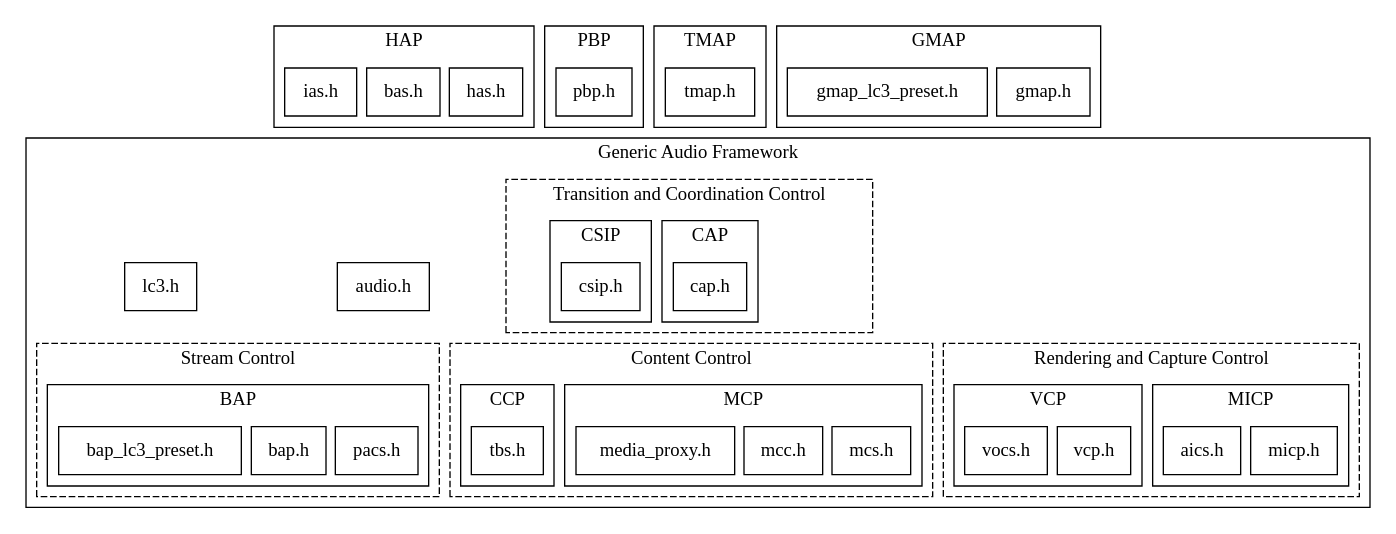
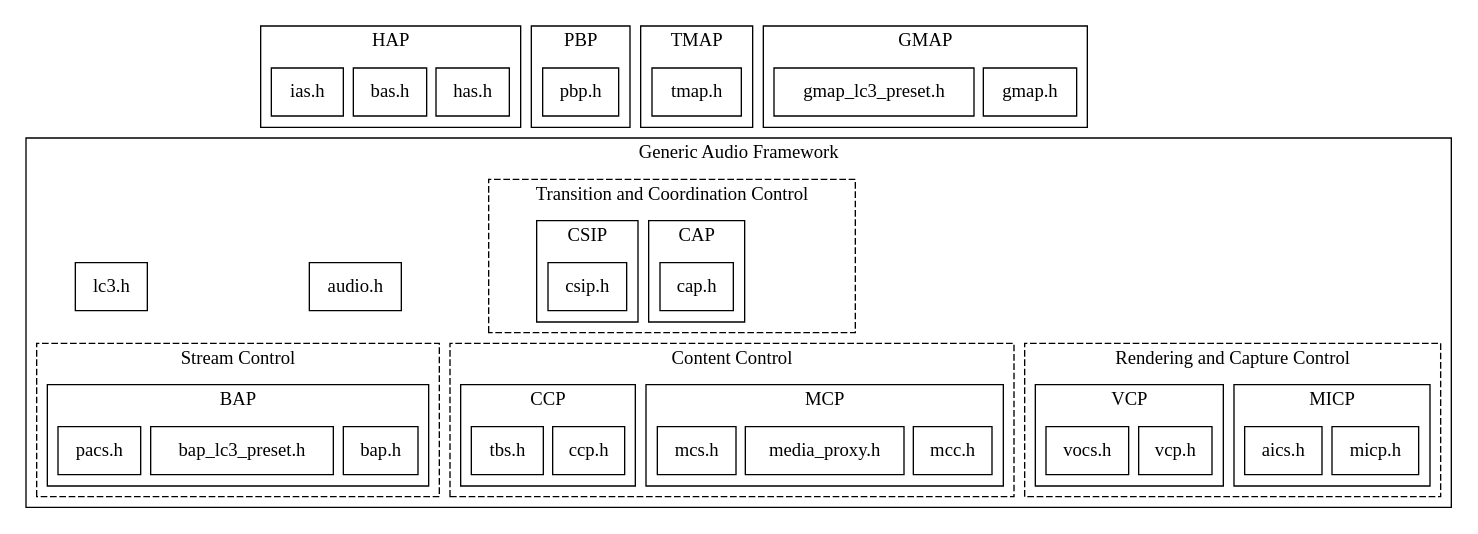
The third of 3 diagrams in doc/connectivity/bluetooth/api/audio/bluetooth-le-audio-arch.rst (Ameba-AIoT/zephyr), drawn with Graphviz before and after one commit. The commit also changed other lines of this file and 21619 other files, not shown here.

```diff
--- a/doc/connectivity/bluetooth/api/audio/bluetooth-le-audio-arch.rst
+++ b/doc/connectivity/bluetooth/api/audio/bluetooth-le-audio-arch.rst
@@ -294,6 +294,7 @@
                cluster=true;
                label="CCP";
                style=solid;
+               CCP_H [label="ccp.h"];
                TBS_H [label="tbs.h"];
             }
          }
@@ -331,6 +332,7 @@
       CAP_H -> MCS_H;
       CAP_H -> MCC_H;
       CAP_H -> MP_H;
+      CAP_H -> CCP_H;
       CAP_H -> TBS_H;
       CAP_H -> BAP_H;
       CAP_H -> BAP_PRESET_H;
@@ -341,6 +343,7 @@
       CSIP_H -> MCS_H;
       CSIP_H -> MCC_H;
       CSIP_H -> MP_H;
+      CSIP_H -> CCP_H;
       CSIP_H -> TBS_H;
       CSIP_H -> BAP_H;
       CSIP_H -> BAP_PRESET_H;
```
